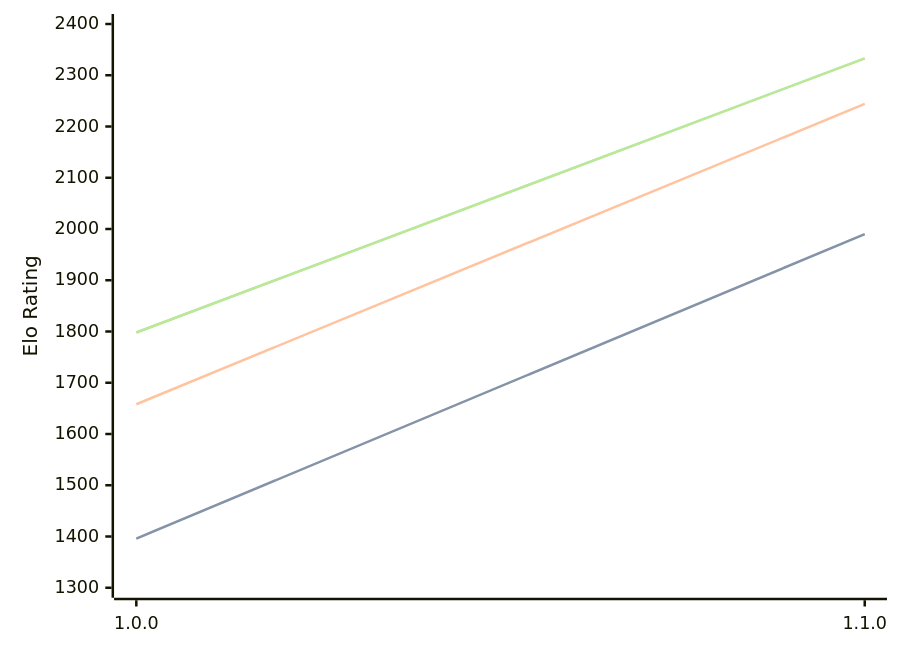
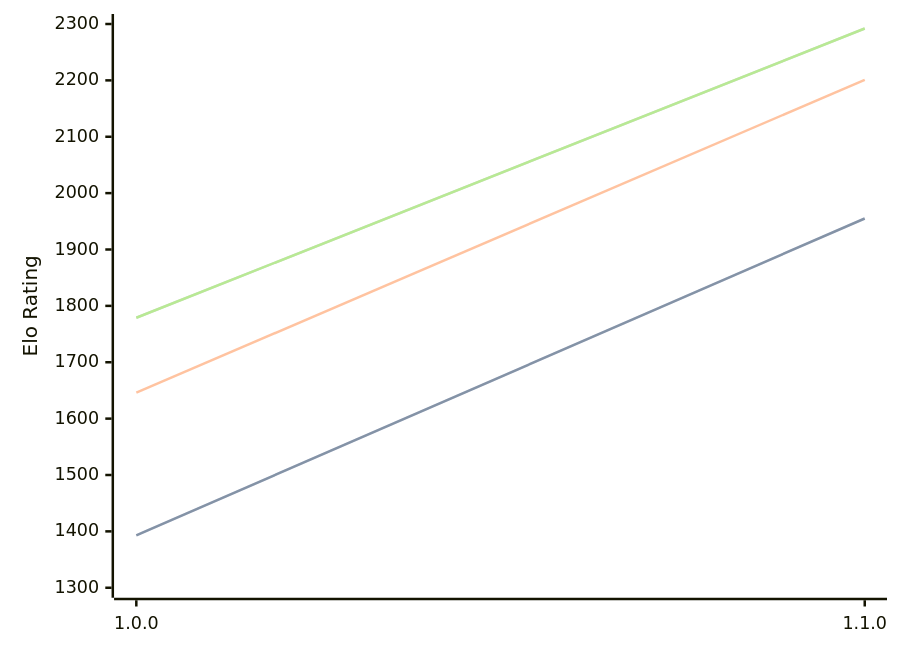
Before and after one commit to computer-chess-index/cci: the diagram in engines/Akerbeltz.md, drawn with Mermaid. The commit also changed other lines of this file, not shown here.

Commit message:
Update CCI Ratings (ELO VLTC) - 2026-05-19

````diff
--- a/engines/Akerbeltz.md
+++ b/engines/Akerbeltz.md
@@ -32,11 +32,11 @@
 ```mermaid
 %%{init: {"theme":"base","themeVariables":{"seriesColors:['#a3a3a3','#222221','#faa371']}}}%%
 xychart-beta
   x-axis ["1.0.0", "1.1.0"]
-  y-axis "Elo Rating" 1300 --> 2400
-  line "STC (8.0+0.08s)" [1396, 1990]
-  line "STC (8.0+0.08s)" [1396, 1990]
-  line "LTC (60.0+0.60s)" [1658, 2244]
-  line "VLTC (2m24s+1.12s)" [1798, 2333]
-  line "VLTC (2m24s+1.12s)" [1798, 2333]
+  y-axis "Elo Rating" 1300 --> 2300
+  line "STC (8.0+0.08s)" [1393, 1955]
+  line "STC (8.0+0.08s)" [1393, 1955]
+  line "LTC (60.0+0.60s)" [1646, 2201]
+  line "VLTC (2m24s+1.12s)" [1779, 2292]
+  line "VLTC (2m24s+1.12s)" [1779, 2292]
 ```
````
